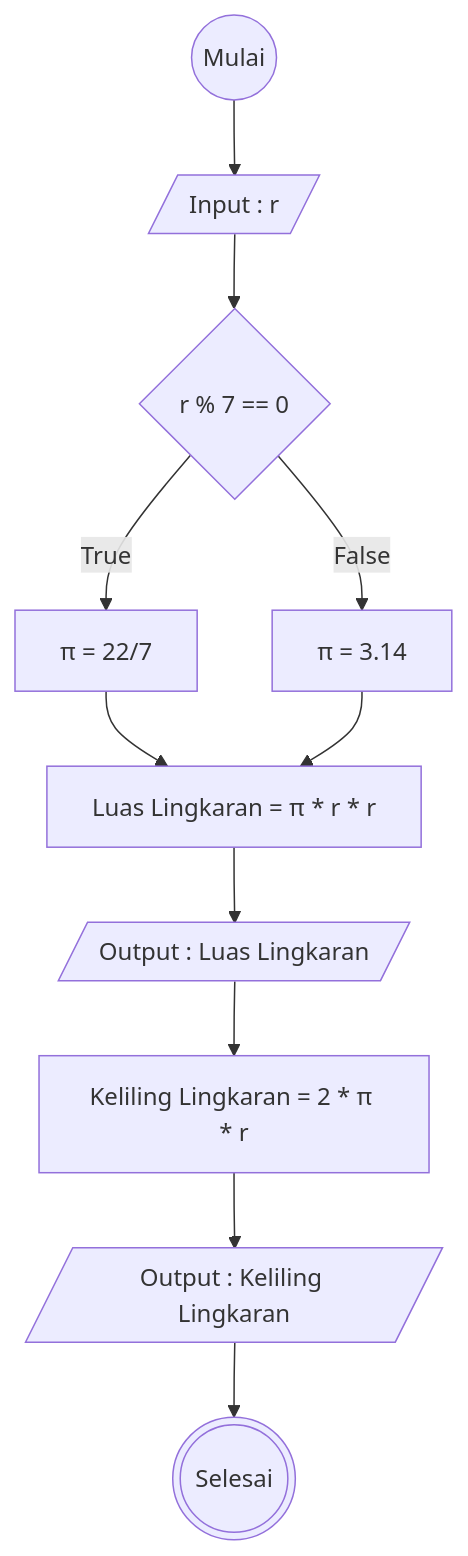
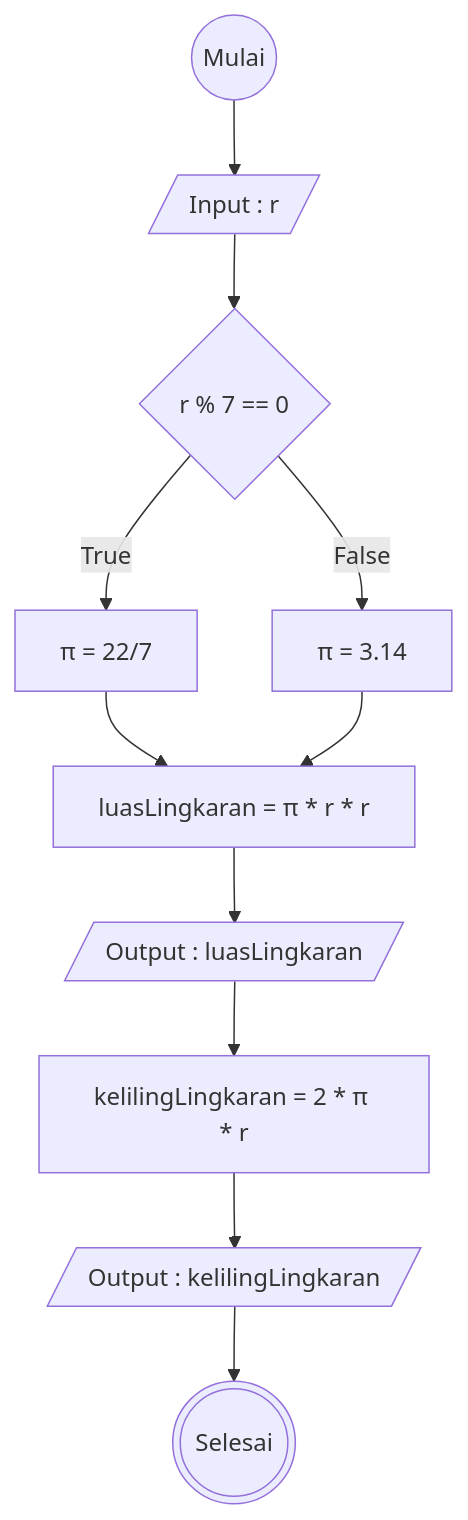
The diagram in flowchart-luas-keliling-liangkaran.md (adityabastyas/koda-b6-algoritma), drawn with Mermaid before and after one commit.

Commit message:
Fix variable names in flowchart for clarity

````diff
--- a/flowchart-luas-keliling-liangkaran.md
+++ b/flowchart-luas-keliling-liangkaran.md
@@ -1,28 +1,28 @@
 ```mermaid
 flowchart TD
     A@{ shape: circle, label: "Mulai" }
     B@{ shape: lean-r, label: "Input : r" }
     C@{ shape: diamond, label: "r % 7 == 0" }
     D@{ shape: rect, label: "π = 22/7" }
     E@{ shape: rect, label: "π = 3.14" }
-    F@{ shape: rect, label: "Luas Lingkaran = π * r * r" }
-    G@{ shape: lean-r, label: "Output : Luas Lingkaran" }
-    H@{ shape: rect, label: "Keliling Lingkaran = 2 * π * r" }
-    I@{ shape: lean-r, label: "Output : Keliling Lingkaran" }
+    F@{ shape: rect, label: "luasLingkaran = π * r * r" }
+    G@{ shape: lean-r, label: "Output : luasLingkaran " }
+    H@{ shape: rect, label: "kelilingLingkaran = 2 * π * r" }
+    I@{ shape: lean-r, label: "Output :  kelilingLingkaran" }
      J@{ shape: dbl-circ, label: "Selesai" }
 
 
 
 
     A --> B
     B --> C
     C -- True --> D
     C -- False --> E
     D --> F
     E --> F
     F --> G
     G --> H
     H --> I
     I --> J
 
 ```
````
